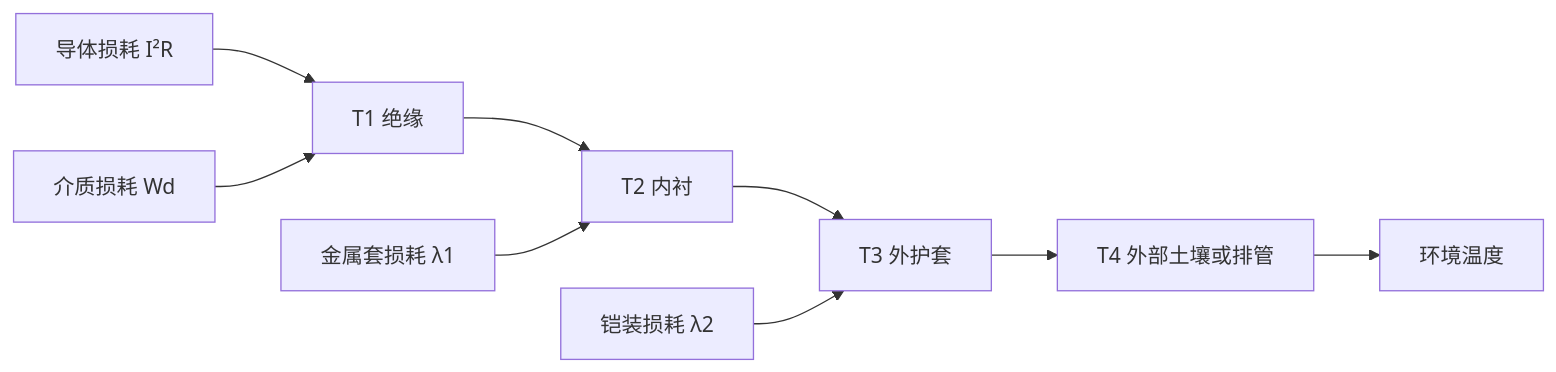
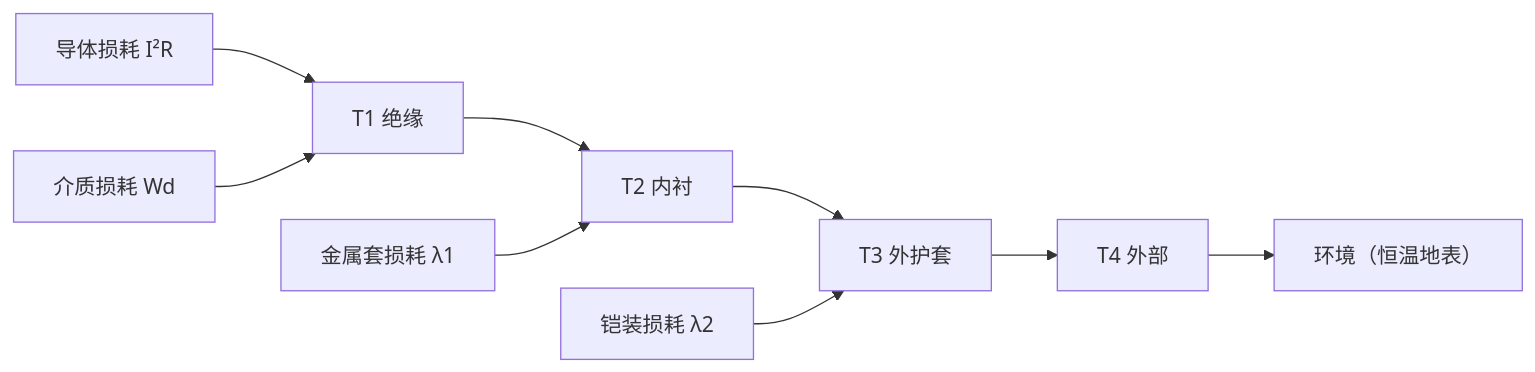
Before and after one commit to luohui1/CableSimPro: the diagram in site/src/content/docs/methods/iec-60287.mdx, drawn with Mermaid. The commit also changed other lines of this file and 65 other files, not shown here.

````diff
--- a/site/src/content/docs/methods/iec-60287.mdx
+++ b/site/src/content/docs/methods/iec-60287.mdx
@@ -20,11 +30,11 @@
 ```mermaid
 flowchart LR
-  A[导体损耗 I²R] --> T1[T1 绝缘]
-  D[介质损耗 Wd] --> T1
-  T1 --> T2[T2 内衬]
-  S[金属套损耗 λ1] --> T2
-  T2 --> T3[T3 外护套]
-  M[铠装损耗 λ2] --> T3
-  T3 --> T4[T4 外部土壤或排管]
-  T4 --> E[环境温度]
+  C["导体损耗 I²R"] --> T1["T1 绝缘"]
+  D["介质损耗 Wd"] --> T1
+  T1 --> T2["T2 内衬"]
+  S["金属套损耗 λ1"] --> T2
+  T2 --> T3["T3 外护套"]
+  M["铠装损耗 λ2"] --> T3
+  T3 --> T4["T4 外部"]
+  T4 --> E["环境（恒温地表）"]
 ```
````
